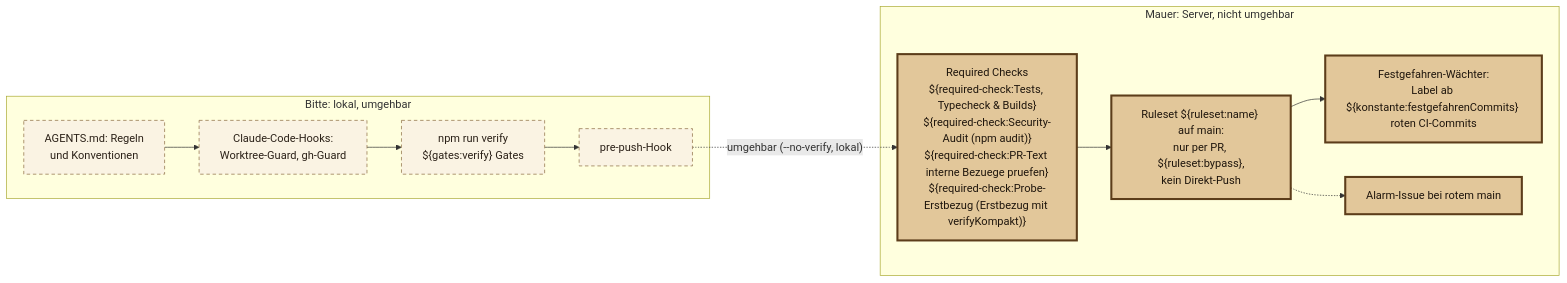
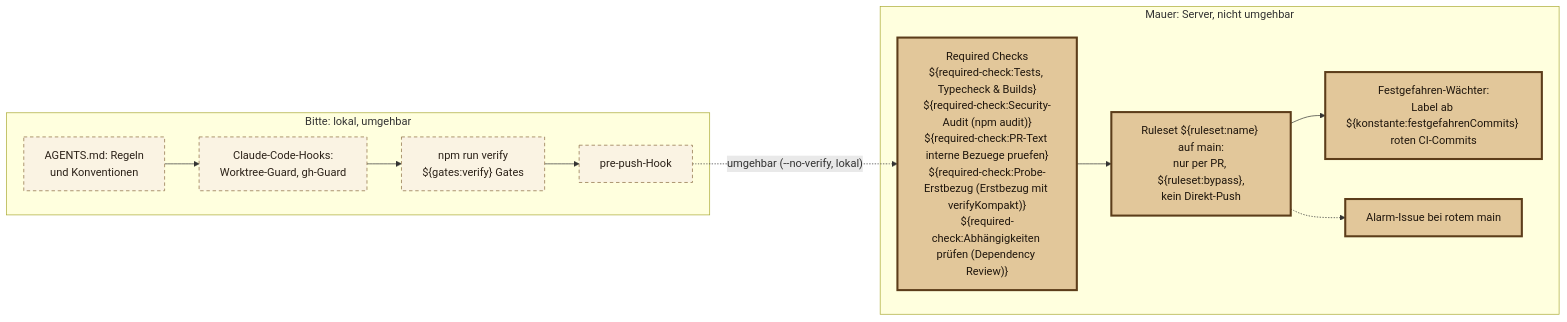
One commit to fluffels/self-improving-agent-harness-and-factory changed the diagram in docs/diagramme/leitplanken-schichten.mmd. Above: the diagram before and after it, drawn with Mermaid. The commit also changed 12 other files, not shown here.

First line of the commit message:
SIH-335 Dependency Review als Required Check, zizmor in der code_scanning-Regel (factory#335) (#343)

```diff
--- a/docs/diagramme/leitplanken-schichten.mmd
+++ b/docs/diagramme/leitplanken-schichten.mmd
@@ -1,23 +1,23 @@
 flowchart LR
   subgraph bitte["Bitte: lokal, umgehbar"]
     regeln["AGENTS.md: Regeln<br/>und Konventionen"]
     hooks["Claude-Code-Hooks:<br/>Worktree-Guard, gh-Guard"]
     verify["npm run verify<br/>${gates:verify} Gates"]
     prepush["pre-push-Hook"]
   end
   subgraph mauer["Mauer: Server, nicht umgehbar"]
-    checks["Required Checks<br/>${required-check:Tests, Typecheck & Builds}<br/>${required-check:Security-Audit (npm audit)}<br/>${required-check:PR-Text interne Bezuege pruefen}<br/>${required-check:Probe-Erstbezug (Erstbezug mit verifyKompakt)}"]
+    checks["Required Checks<br/>${required-check:Tests, Typecheck & Builds}<br/>${required-check:Security-Audit (npm audit)}<br/>${required-check:PR-Text interne Bezuege pruefen}<br/>${required-check:Probe-Erstbezug (Erstbezug mit verifyKompakt)}<br/>${required-check:Abhängigkeiten prüfen (Dependency Review)}"]
     ruleset["Ruleset ${ruleset:name} auf main:<br/>nur per PR, ${ruleset:bypass},<br/>kein Direkt-Push"]
     wachter["Festgefahren-Wächter:<br/>Label ab ${konstante:festgefahrenCommits} roten CI-Commits"]
     alarm["Alarm-Issue bei rotem main"]
   end
   regeln --> hooks --> verify --> prepush
   prepush -. "umgehbar (--no-verify, lokal)" .-> checks
   checks --> ruleset
   ruleset --> wachter
   ruleset -.-> alarm
 
   classDef bittecls fill:#faf3e3,stroke:#8a6a3f,color:#2b2118,stroke-dasharray:5 4
   classDef mauercls fill:#e2c79a,stroke:#5c3d1a,color:#1f160d,stroke-width:3px
   class regeln,hooks,verify,prepush bittecls
   class checks,ruleset,wachter,alarm mauercls
```
